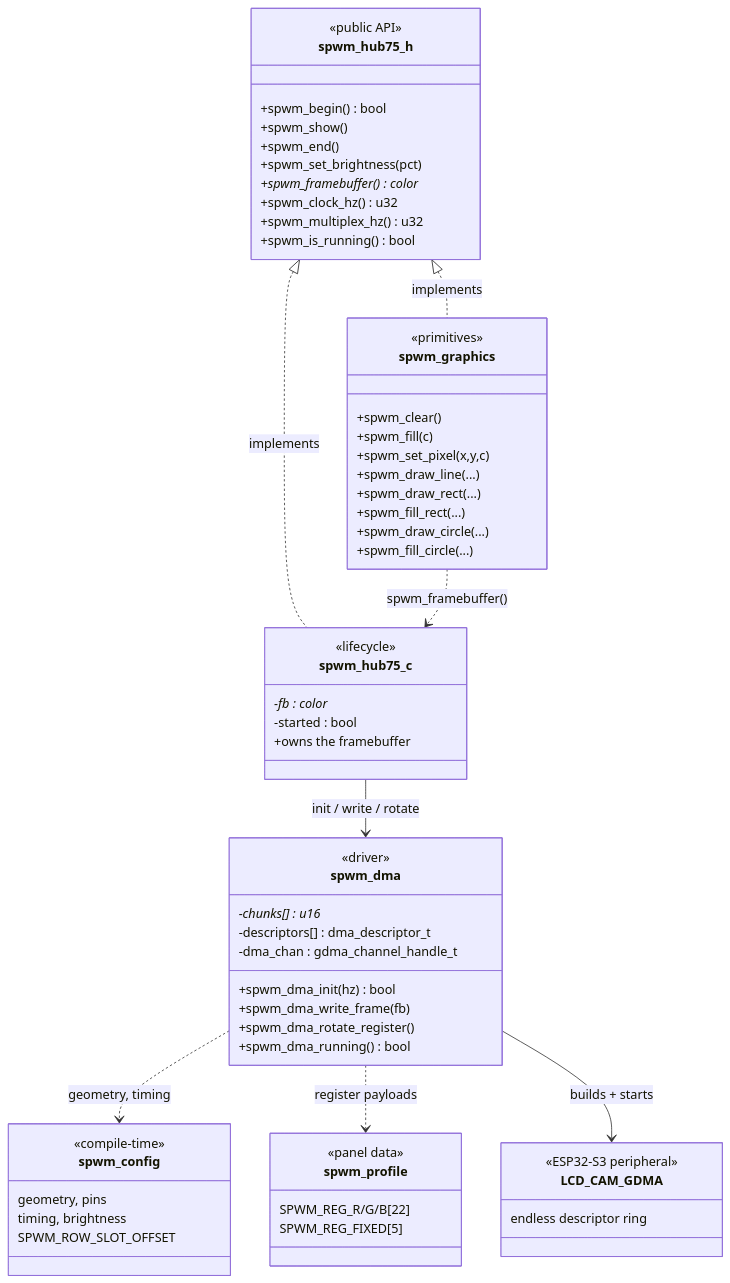
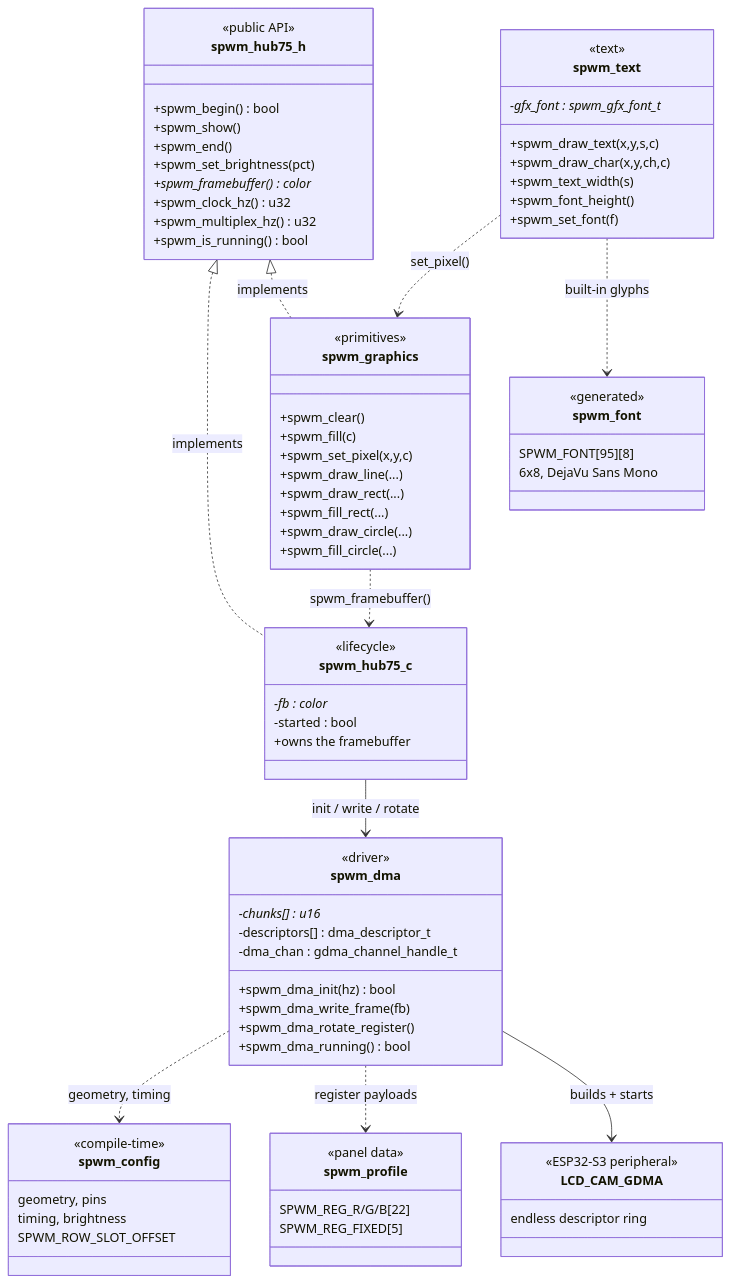
The first of 5 diagrams in docs/ARCHITECTURE.md (cuneytozseker/esp32-spwm-hub75), drawn with Mermaid before and after one commit. The commit also changed 8 other files, not shown here.

First line of the commit message:
Add text rendering: built-in 6x8 font plus Adafruit GFX font support

````diff
--- a/docs/ARCHITECTURE.md
+++ b/docs/ARCHITECTURE.md
@@ -11,64 +11,80 @@
 ```mermaid
 classDiagram
     class spwm_hub75_h {
         <<public API>>
         +spwm_begin() bool
         +spwm_show()
         +spwm_end()
         +spwm_set_brightness(pct)
         +spwm_framebuffer() color*
         +spwm_clock_hz() u32
         +spwm_multiplex_hz() u32
         +spwm_is_running() bool
     }
     class spwm_graphics {
         <<primitives>>
         +spwm_clear()
         +spwm_fill(c)
         +spwm_set_pixel(x,y,c)
         +spwm_draw_line(...)
         +spwm_draw_rect(...)
         +spwm_fill_rect(...)
         +spwm_draw_circle(...)
         +spwm_fill_circle(...)
+    }
+    class spwm_text {
+        <<text>>
+        -gfx_font : spwm_gfx_font_t*
+        +spwm_draw_text(x,y,s,c)
+        +spwm_draw_char(x,y,ch,c)
+        +spwm_text_width(s)
+        +spwm_font_height()
+        +spwm_set_font(f)
+    }
+    class spwm_font {
+        <<generated>>
+        SPWM_FONT[95][8]
+        6x8, DejaVu Sans Mono
     }
     class spwm_hub75_c {
         <<lifecycle>>
         -fb : color*
         -started : bool
         +owns the framebuffer
     }
     class spwm_dma {
         <<driver>>
         -chunks[] : u16*
         -descriptors[] : dma_descriptor_t
         -dma_chan : gdma_channel_handle_t
         +spwm_dma_init(hz) bool
         +spwm_dma_write_frame(fb)
         +spwm_dma_rotate_register()
         +spwm_dma_running() bool
     }
     class spwm_config {
         <<compile-time>>
         geometry, pins
         timing, brightness
         SPWM_ROW_SLOT_OFFSET
     }
     class spwm_profile {
         <<panel data>>
         SPWM_REG_R/G/B[22]
         SPWM_REG_FIXED[5]
     }
     class LCD_CAM_GDMA {
         <<ESP32-S3 peripheral>>
         endless descriptor ring
     }
 
     spwm_hub75_h <|.. spwm_hub75_c : implements
     spwm_hub75_h <|.. spwm_graphics : implements
     spwm_graphics ..> spwm_hub75_c : spwm_framebuffer()
     spwm_hub75_c --> spwm_dma : init / write / rotate
     spwm_dma ..> spwm_config : geometry, timing
     spwm_dma ..> spwm_profile : register payloads
+    spwm_text ..> spwm_graphics : set_pixel()
+    spwm_text ..> spwm_font : built-in glyphs
     spwm_dma --> LCD_CAM_GDMA : builds + starts
 ```
````
